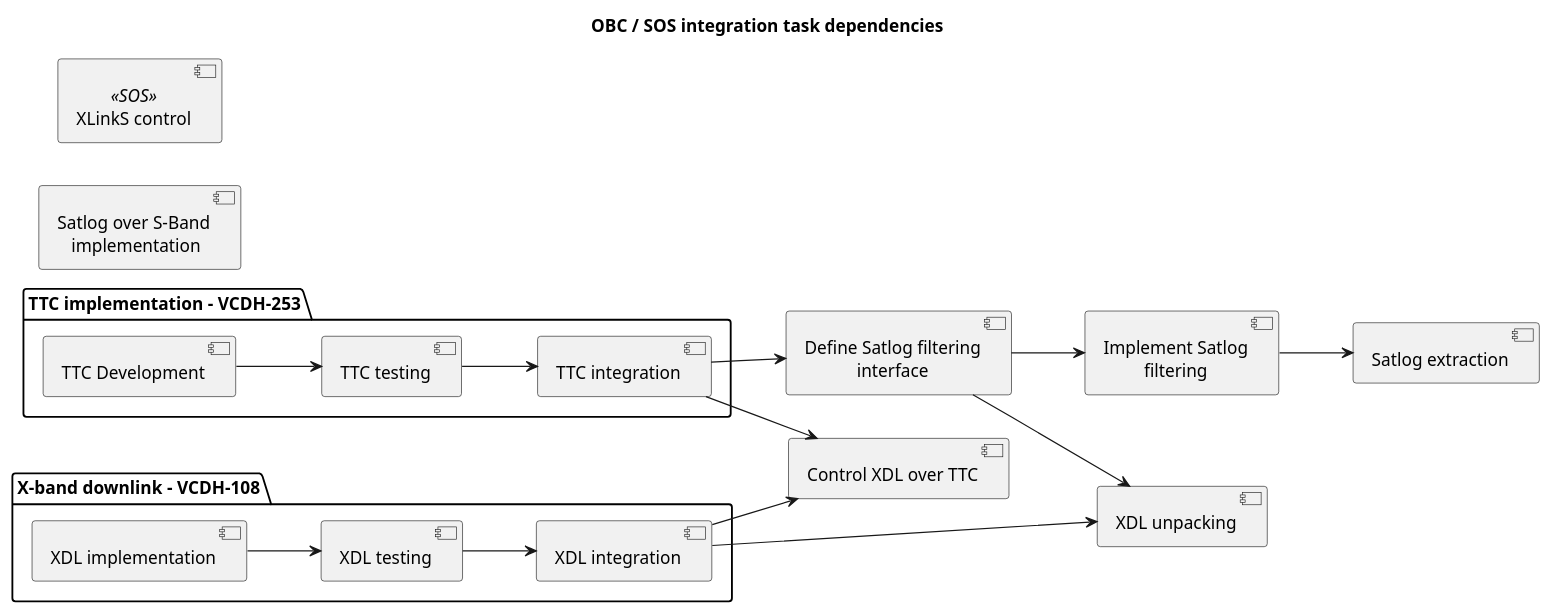
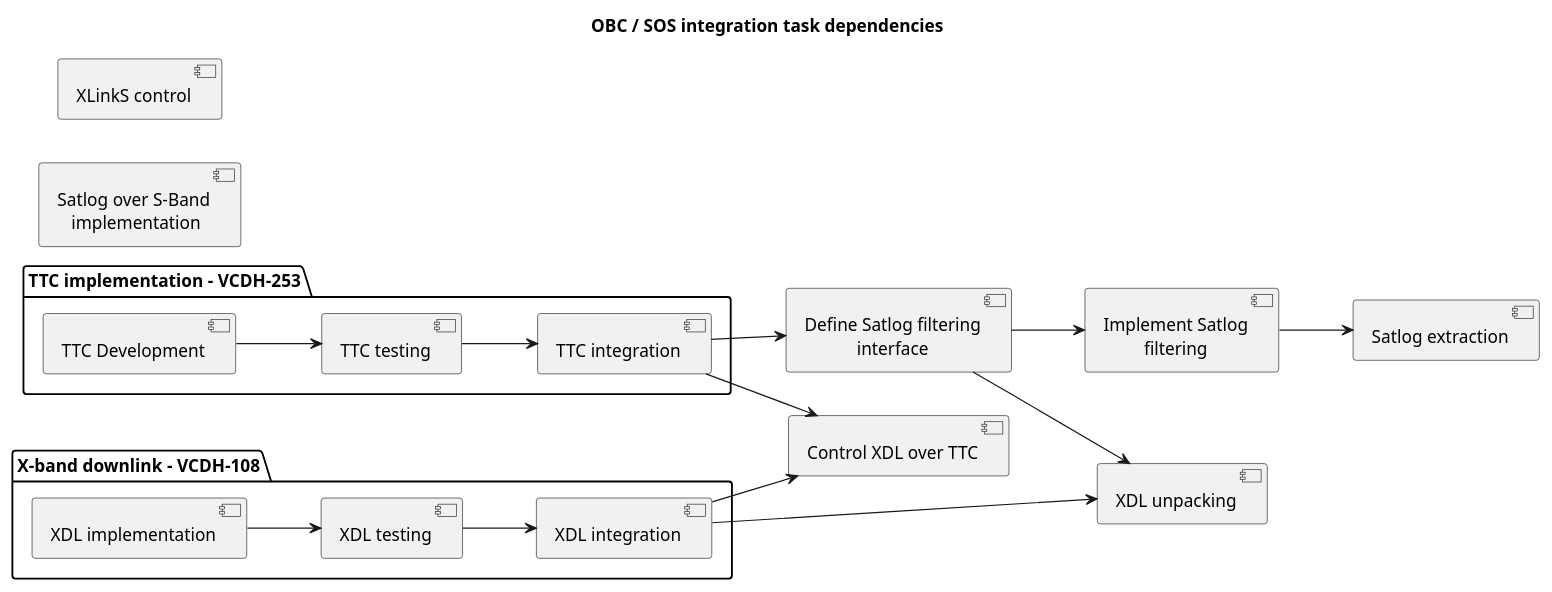
Before and after one commit to CaniardF/prj_info_VSB: the diagram in README.md, drawn with PlantUML.

Commit message:
plantuml fix

````diff
--- a/README.md
+++ b/README.md
@@ -3,50 +3,50 @@
 ```plantUML
 @startuml obc_sos_dependencies
 
 skinparam DefaultTextAlignment center
 skinparam ComponentStyle rectangle  '
 
 left to right direction
 
 title OBC / SOS integration task dependencies
 
 package "TTC implementation - VCDH-253" {
     [TTC Development] as OBC_TTC_dev
     [TTC testing] as OBC_TTC_test
     [TTC integration] as OBC_TTC_integ
 
     OBC_TTC_dev --> OBC_TTC_test
     OBC_TTC_test --> OBC_TTC_integ
 }
 
 package "X-band downlink - VCDH-108" {
     [XDL implementation] as OBC_XDL_impl
     [XDL testing] as OBC_XDL_test
     [XDL integration] as OBC_XDL_integ
 
     OBC_XDL_impl --> OBC_XDL_test
     OBC_XDL_test --> OBC_XDL_integ
 }
 
 [Define Satlog filtering\ninterface] as OBC_Satlog_filter_design
 [Implement Satlog\nfiltering] as OBC_Satlog_filter_impl
 OBC_Satlog_filter_design --> OBC_Satlog_filter_impl
 
 [Satlog over S-Band\n implementation]
 [Control XDL over TTC] as OBC_XDL_over_TTC
 
 OBC_TTC_integ --> OBC_XDL_over_TTC
 OBC_XDL_integ --> OBC_XDL_over_TTC
 OBC_TTC_integ --> OBC_Satlog_filter_design
 
-[XLinkS control]<<SOS>> as SOS_xlinks_control
+[XLinkS control] as SOS_xlinks_control
 [Satlog extraction] as SOS_satlog_extraction
 [XDL unpacking] as SOS_XDL_unpacking
 
 OBC_Satlog_filter_design --> SOS_XDL_unpacking
 OBC_XDL_integ --> SOS_XDL_unpacking
 OBC_Satlog_filter_impl --> SOS_satlog_extraction
 
 @enduml
 
 ```
````
